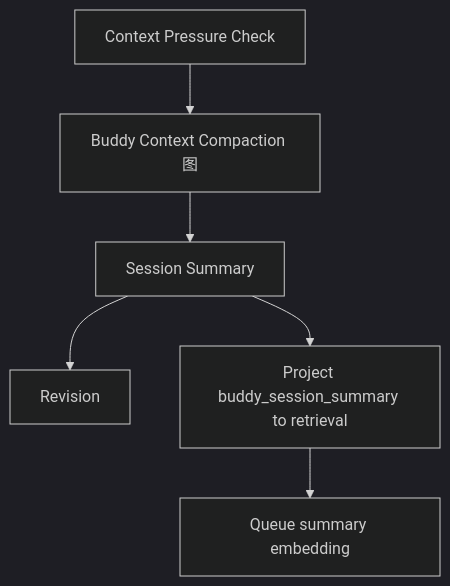
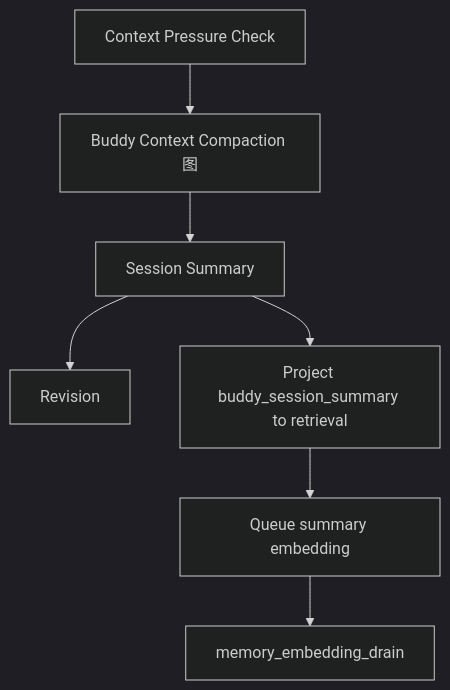
One commit to OoABYSSoO/TooGraph changed the fifth of 6 diagrams in docs/embedding-retrieval-lifecycle-design.md. Above: the diagram before and after it, drawn with Mermaid (dark theme). The commit also changed other lines of this file and 15 other files, not shown here.

````diff
--- a/docs/embedding-retrieval-lifecycle-design.md
+++ b/docs/embedding-retrieval-lifecycle-design.md
@@ -493,8 +514,9 @@
 ```mermaid
 flowchart TD
   A["Context Pressure Check"] --> B["Buddy Context Compaction 图"]
   B --> C["Session Summary"]
   C --> D["Revision"]
   C --> E["Project buddy_session_summary to retrieval"]
   E --> F["Queue summary embedding"]
+  F --> G["memory_embedding_drain"]
 ```
````
